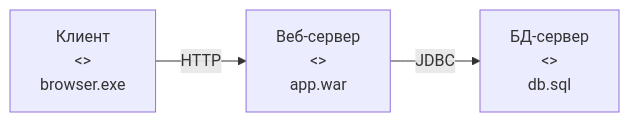
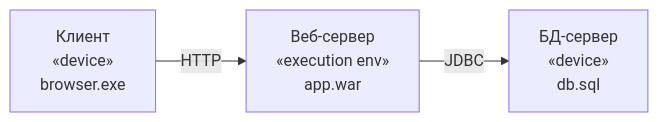
Before and after one commit to artem961/exam-opi-notes: the diagram in docs/14-uml-deployment-diagram.md, drawn with Mermaid. The commit also changed other lines of this file, not shown here.

Commit message:
билет 14: заменить <<>> на гильемы «» в Mermaid-узлах

````diff
--- a/docs/14-uml-deployment-diagram.md
+++ b/docs/14-uml-deployment-diagram.md
@@ -31,5 +32,5 @@
 ```mermaid
 graph LR
-    A["Клиент\n<<device>>\nbrowser.exe"] -->|HTTP| B["Веб-сервер\n<<execution env>>\napp.war"]
-    B -->|JDBC| C["БД-сервер\n<<device>>\ndb.sql"]
+    A["Клиент\n«device»\nbrowser.exe"] -->|HTTP| B["Веб-сервер\n«execution env»\napp.war"]
+    B -->|JDBC| C["БД-сервер\n«device»\ndb.sql"]
 ```
````
